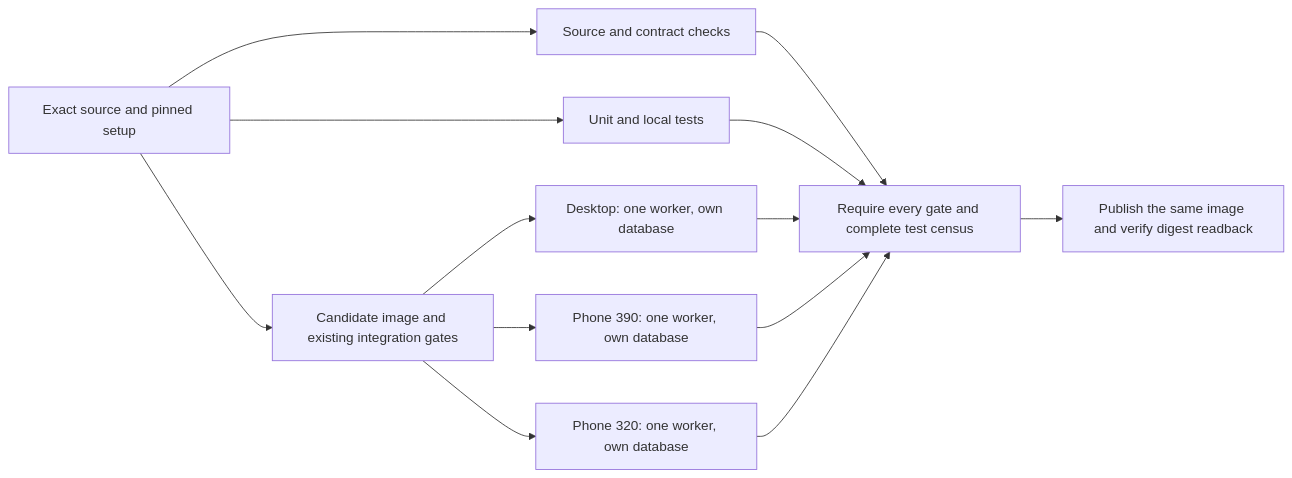
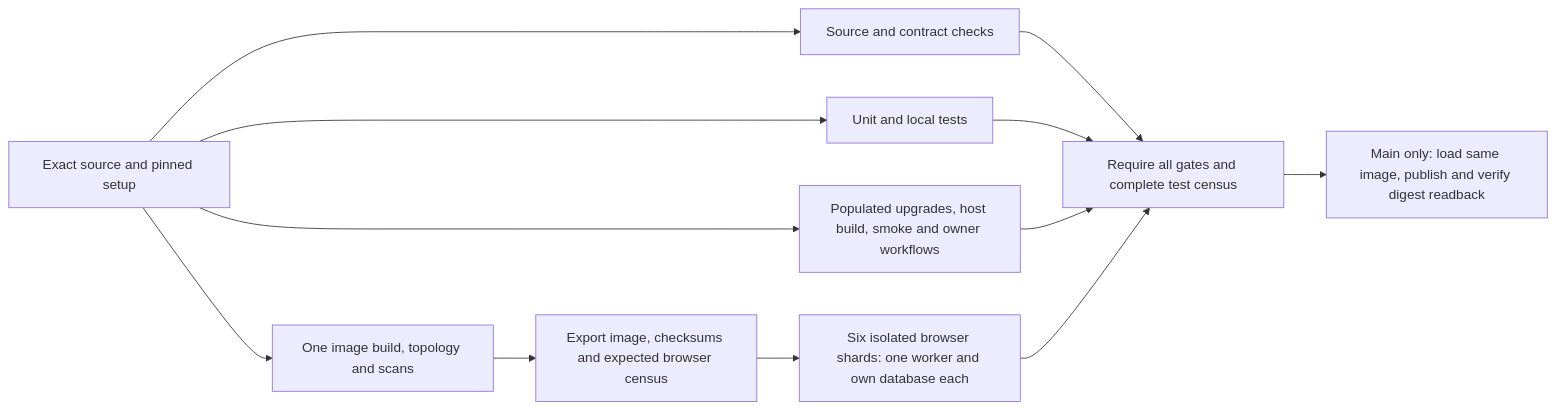
The diagram in docs/plans/ci-deploy-performance/PLAN.md (iurman/commandry), drawn with Mermaid before and after one commit. The commit also changed other lines of this file and 8 other files, not shown here.

Commit message:
ci: qualify releases with isolated parallel browser shards

````diff
--- a/docs/plans/ci-deploy-performance/PLAN.md
+++ b/docs/plans/ci-deploy-performance/PLAN.md
@@ -84,15 +88,14 @@
 ```mermaid
 flowchart LR
   S[Exact source and pinned setup] --> C[Source and contract checks]
   S --> U[Unit and local tests]
-  S --> I[Candidate image and existing integration gates]
-  I --> D[Desktop: one worker, own database]
-  I --> P[Phone 390: one worker, own database]
-  I --> N[Phone 320: one worker, own database]
-  C --> G[Require every gate and complete test census]
+  S --> H[Populated upgrades, host build, smoke and owner workflows]
+  S --> I[One image build, topology and scans]
+  I --> A[Export image, checksums and expected browser census]
+  A --> B[Six isolated browser shards: one worker and own database each]
+  C --> G[Require all gates and complete test census]
   U --> G
-  D --> G
-  P --> G
-  N --> G
-  G --> R[Publish the same image and verify digest readback]
+  H --> G
+  B --> G
+  G --> R[Main only: load same image, publish and verify digest readback]
 ```
````
